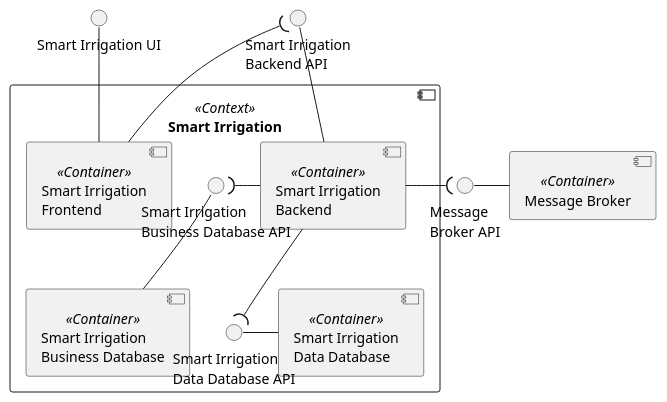
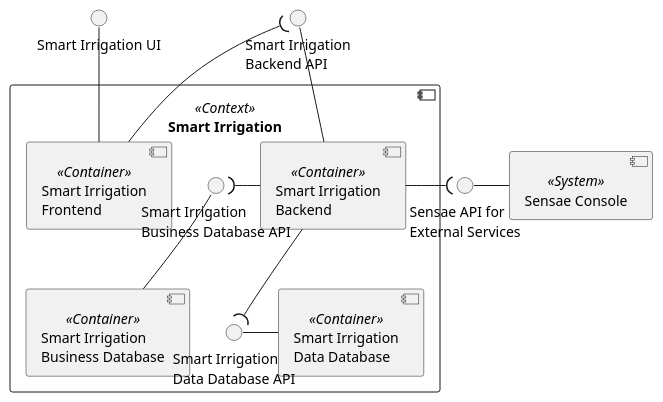
Before and after one commit to FilipeMCruz/dissertation: the diagram in assets/diagrams/design/architectural/level2/logical/smart-irrigation-context.pu, drawn with PlantUML. The commit also changed 283 other files, not shown here.

```diff
--- a/assets/diagrams/design/architectural/level2/logical/smart-irrigation-context.pu
+++ b/assets/diagrams/design/architectural/level2/logical/smart-irrigation-context.pu
@@ -1,32 +1,31 @@
 @startuml smart-irrigation-context
 
 interface "Smart Irrigation UI" as FRONT_API
 interface "Smart Irrigation\nBackend API" as BACK_API
 
 component "Smart Irrigation" <<Context>> {
     component "Smart Irrigation\nBackend" <<Container>> as BACK
     component "Smart Irrigation\nFrontend" <<Container>> as FRONT
     component "Smart Irrigation\nBusiness Database" <<Container>> as DB
     component "Smart Irrigation\nData Database" <<Container>> as DATA_DB
 
     interface "Smart Irrigation\nBusiness Database API" as DB_API
     interface "Smart Irrigation\nData Database API" as DATA_DB_API
 
     DB_API -- DB
     DATA_DB_API - DATA_DB
     FRONT_API -- FRONT
     BACK_API -- BACK
-    'BACK --( DB_API
     DB_API )- BACK
     BACK --( DATA_DB_API
     FRONT --( BACK_API
 }
 
-component "Message Broker" <<Container>> as MB
-interface "Message\nBroker API" as MB_API
+component "Sensae Console" <<System>> as MB
+interface "Sensae API for\nExternal Services" as MB_API
 
 MB_API - MB
 
 BACK -( MB_API
 
 @enduml
```
